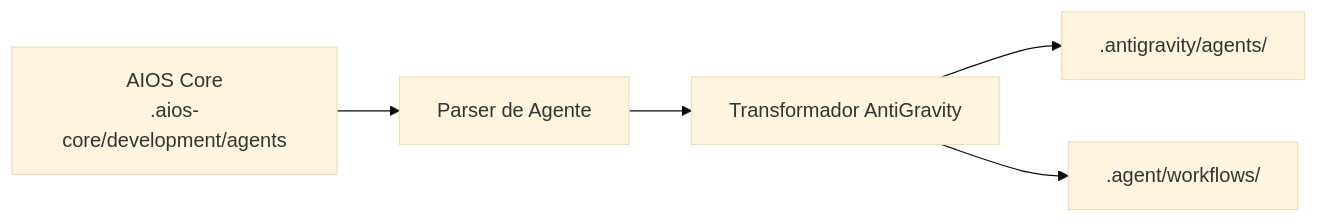
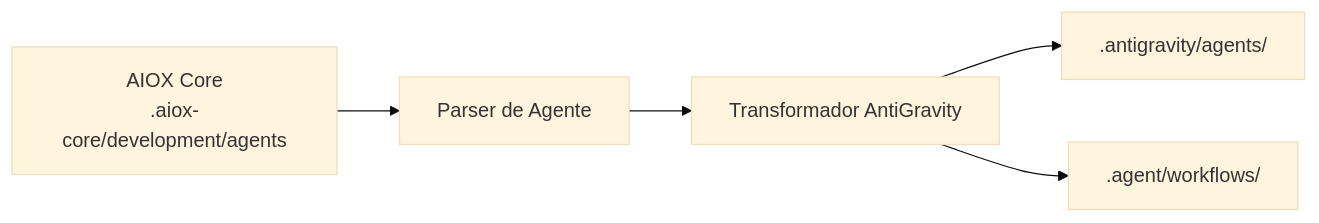
Before and after one commit to brunajunckes/aiox-core: the diagram in docs/pt/platforms/antigravity.md, drawn with Mermaid (base theme). The commit also changed other lines of this file and 3446 other files, not shown here.

First line of the commit message:
chore: rebrand aios → aiox across entire codebase (#552)

````diff
--- a/docs/pt/platforms/antigravity.md
+++ b/docs/pt/platforms/antigravity.md
@@ -349,7 +349,7 @@
 ```mermaid
 flowchart LR
-    Source["AIOS Core<br/>.aios-core/development/agents"] --> Parser["Parser de Agente"]
+    Source["AIOX Core<br/>.aiox-core/development/agents"] --> Parser["Parser de Agente"]
     Parser --> Transform["Transformador AntiGravity"]
     Transform --> Agents[".antigravity/agents/"]
     Transform --> Workflows[".agent/workflows/"]
 ```
````
